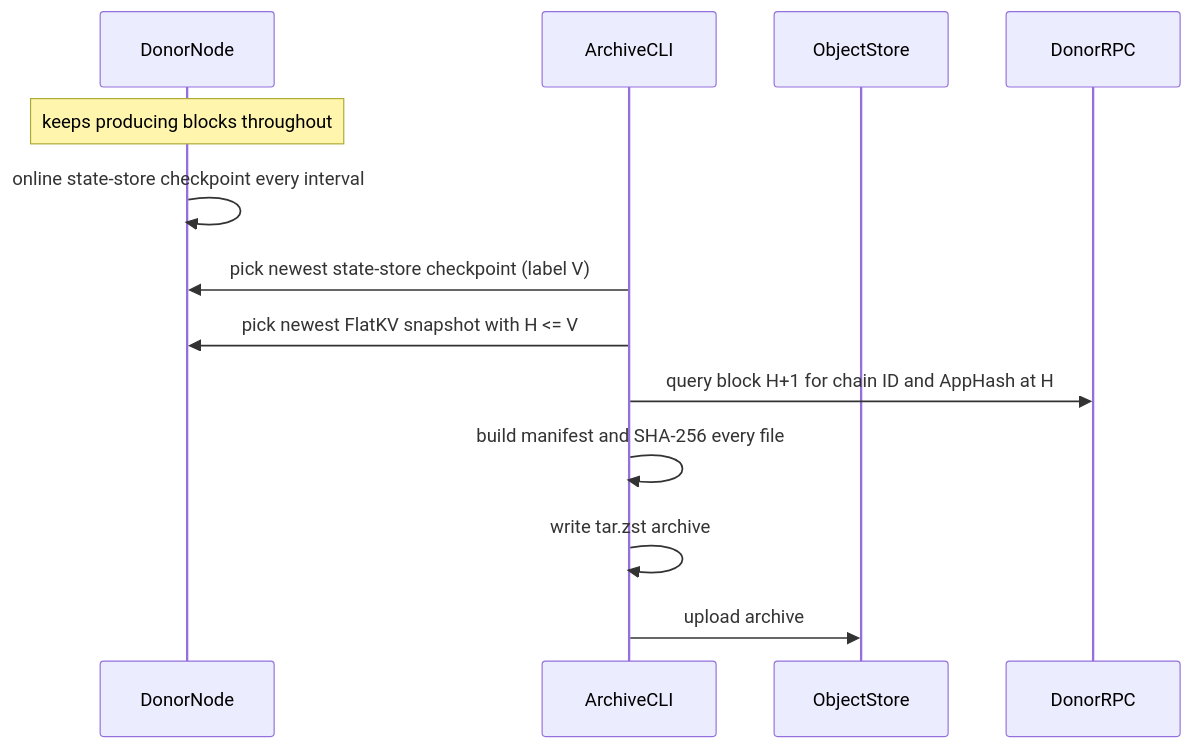
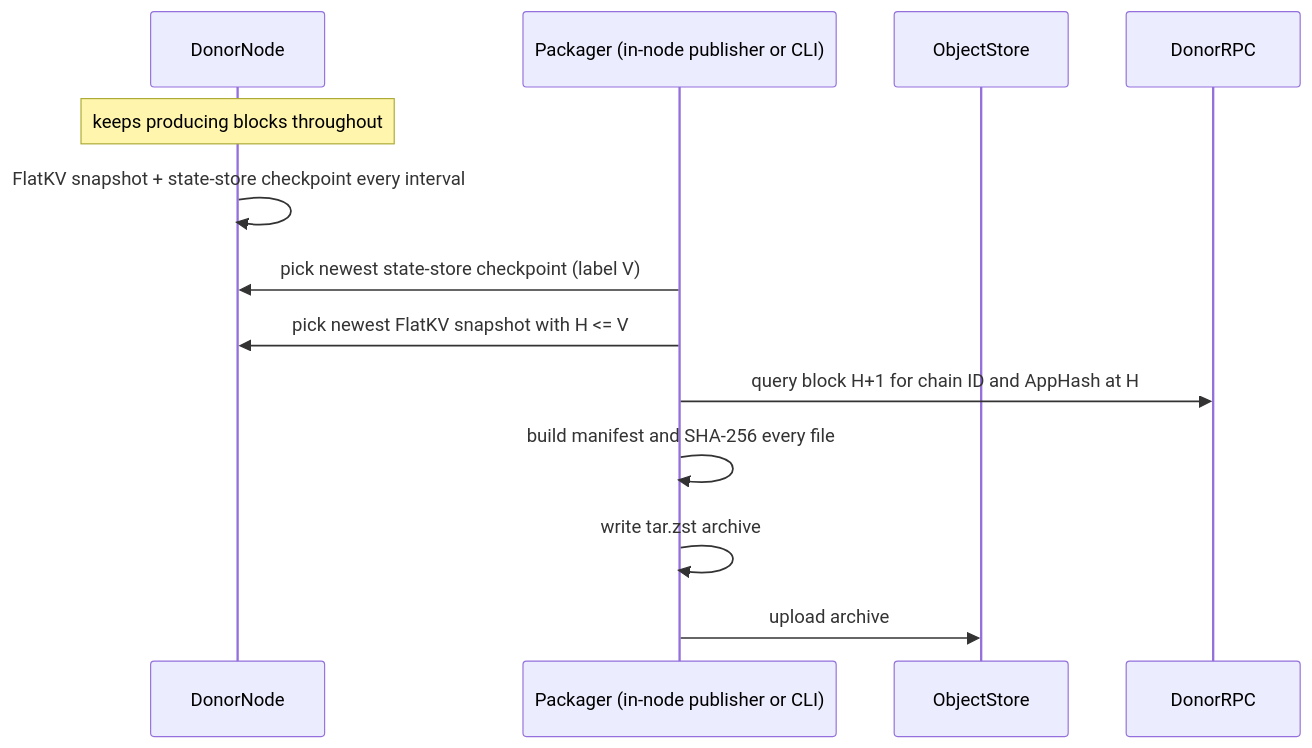
One commit to sei-protocol/sei-chain changed the first of 2 diagrams in docs/flatkv-archive-state-sync.md. Above: the diagram before and after it, drawn with Mermaid. The commit also changed other lines of this file, not shown here.

First line of the commit message:
docs: make automatic interval snapshot+upload the primary design surface

````diff
--- a/docs/flatkv-archive-state-sync.md
+++ b/docs/flatkv-archive-state-sync.md
@@ -193,16 +229,16 @@
 ```mermaid
 sequenceDiagram
     participant DonorNode
-    participant ArchiveCLI
+    participant Packager as Packager (in-node publisher or CLI)
     participant ObjectStore
     participant DonorRPC
 
     Note over DonorNode: keeps producing blocks throughout
-    DonorNode->>DonorNode: online state-store checkpoint every interval
-    ArchiveCLI->>DonorNode: pick newest state-store checkpoint (label V)
-    ArchiveCLI->>DonorNode: pick newest FlatKV snapshot with H <= V
-    ArchiveCLI->>DonorRPC: query block H+1 for chain ID and AppHash at H
-    ArchiveCLI->>ArchiveCLI: build manifest and SHA-256 every file
-    ArchiveCLI->>ArchiveCLI: write tar.zst archive
-    ArchiveCLI->>ObjectStore: upload archive
+    DonorNode->>DonorNode: FlatKV snapshot + state-store checkpoint every interval
+    Packager->>DonorNode: pick newest state-store checkpoint (label V)
+    Packager->>DonorNode: pick newest FlatKV snapshot with H <= V
+    Packager->>DonorRPC: query block H+1 for chain ID and AppHash at H
+    Packager->>Packager: build manifest and SHA-256 every file
+    Packager->>Packager: write tar.zst archive
+    Packager->>ObjectStore: upload archive
 ```
````
